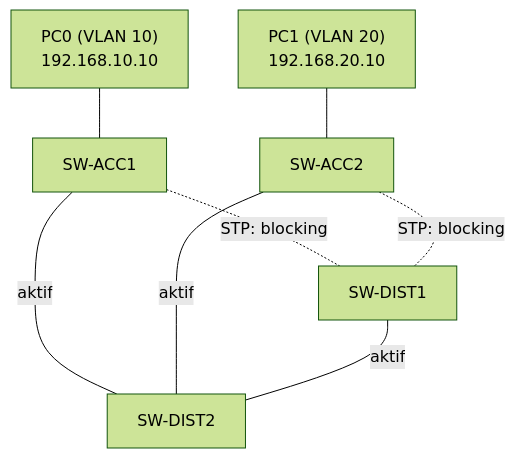
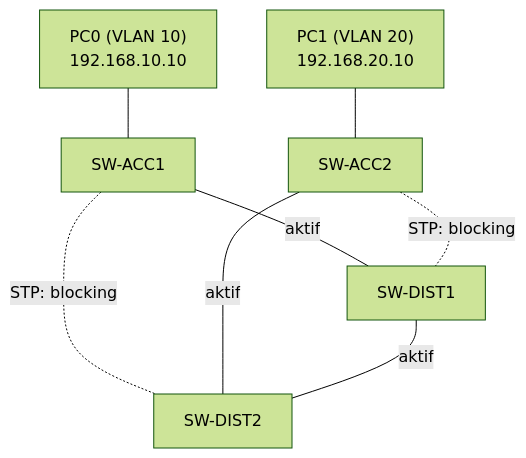
Before and after one commit to ecemaydemir/campus_network_design: the diagram in README.md, drawn with Mermaid (forest theme). The commit also changed other lines of this file, not shown here.

````diff
--- a/README.md
+++ b/README.md
@@ -11,10 +11,10 @@
 ```mermaid
 graph TD
     PC0["PC0 (VLAN 10)<br/>192.168.10.10"] --- ACC1[SW-ACC1]
     PC1["PC1 (VLAN 20)<br/>192.168.20.10"] --- ACC2[SW-ACC2]
-    ACC1 ---|aktif| DIST2[SW-DIST2]
-    ACC1 -.STP: blocking.- DIST1[SW-DIST1]
+    ACC1 ---|aktif| DIST1[SW-DIST1]
+    ACC1 -.STP: blocking.- DIST2[SW-DIST2]
     ACC2 ---|aktif| DIST2
     ACC2 -.STP: blocking.- DIST1
     DIST1 ---|aktif| DIST2
 ```
````
